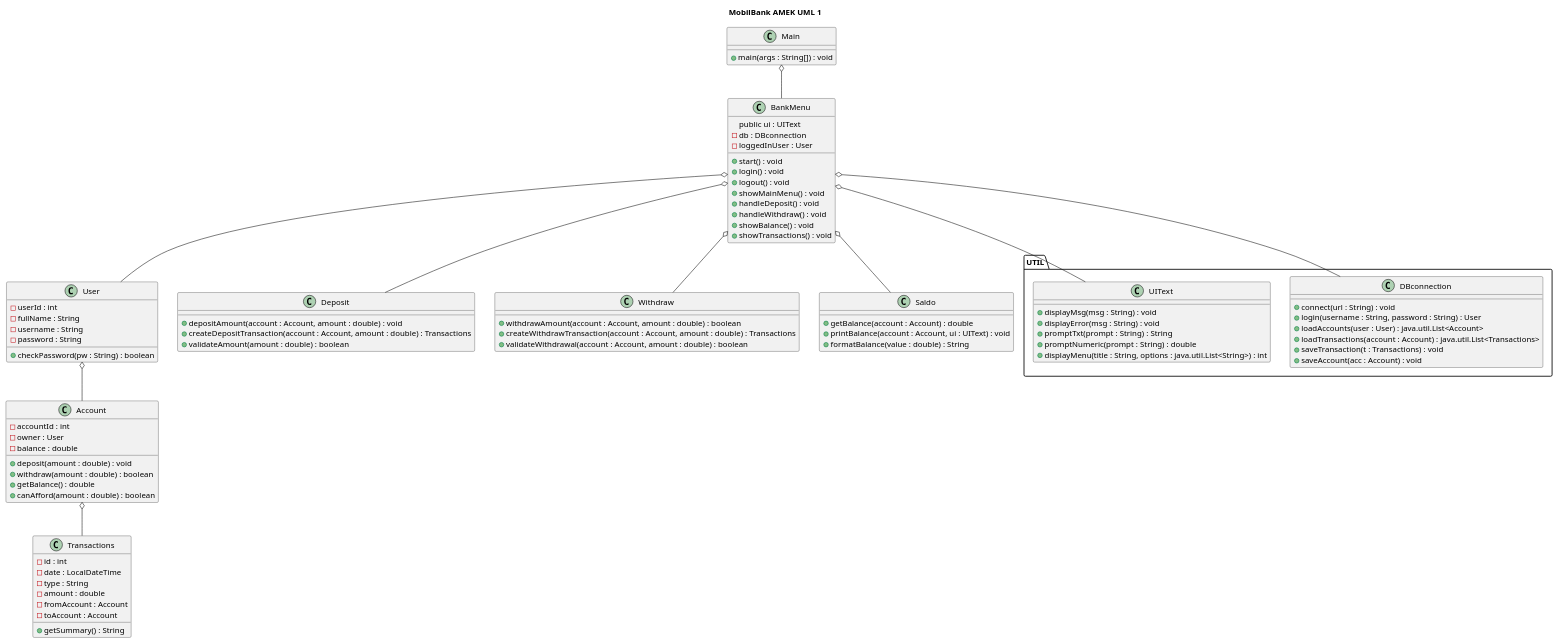
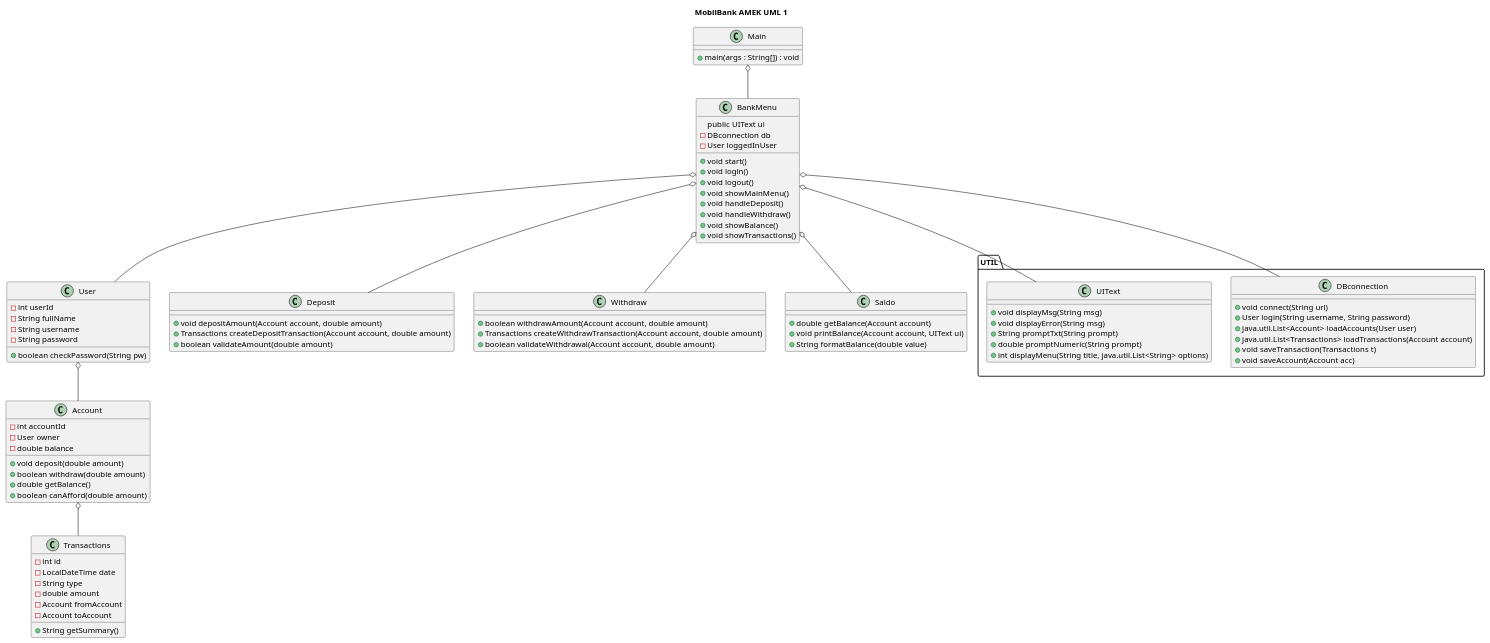
The diagram in data/klassediagram.puml (KhattabE/BANKSYSTEMICE), drawn with PlantUML before and after one commit. The commit also changed 1 other file, not shown here.

```diff
--- a/data/klassediagram.puml
+++ b/data/klassediagram.puml
@@ -1,115 +1,114 @@
 @startuml
 
+skinparam classAttributeIconSize 12
 
 
-skinparam classAttributeIconSize 12
 title MobilBank AMEK UML 1
 
 ' ---------- MAIN ----------
 class Main {
     + main(args : String[]) : void
 }
 
 ' ---------- BANKMENU ----------
 class BankMenu {
-    public ui : UIText
-    - db : DBconnection
-    - loggedInUser : User
+    public UIText ui
+    - DBconnection db
+    - User loggedInUser
 
-    + start() : void
-    + login() : void
-    + logout() : void
-    + showMainMenu() : void
-    + handleDeposit() : void
-    + handleWithdraw() : void
-    + showBalance() : void
-    + showTransactions() : void
+    + void start()
+    + void login()
+    + void logout()
+    + void showMainMenu()
+    + void handleDeposit()
+    + void handleWithdraw()
+    + void showBalance()
+    + void showTransactions()
 }
 
 ' ---------- DOMAIN ----------
 class User {
-    - userId : int
-    - fullName : String
-    - username : String
-    - password : String
+    - int userId
+    - String fullName
+    - String username
+    - String password
 
-    + checkPassword(pw : String) : boolean
+    + boolean checkPassword(String pw)
 }
 
 class Account {
-    - accountId : int
-    - owner : User
-    - balance : double
+    - int accountId
+    - User owner
+    - double balance
 
-    + deposit(amount : double) : void
-    + withdraw(amount : double) : boolean
-    + getBalance() : double
-    + canAfford(amount : double) : boolean
+    + void deposit(double amount)
+    + boolean withdraw(double amount)
+    + double getBalance()
+    + boolean canAfford(double amount)
 }
 
 class Transactions {
-    - id : int
-    - date : LocalDateTime
-    - type : String
-    - amount : double
-    - fromAccount : Account
-    - toAccount : Account
+    - int id
+    - LocalDateTime date
+    - String type
+    - double amount
+    - Account fromAccount
+    - Account toAccount
 
-    + getSummary() : String
+    + String getSummary()
 }
 
 ' ---------- SERVICES ----------
 class Deposit {
-    + depositAmount(account : Account, amount : double) : void
-    + createDepositTransaction(account : Account, amount : double) : Transactions
-    + validateAmount(amount : double) : boolean
+    + void depositAmount(Account account, double amount)
+    + Transactions createDepositTransaction(Account account, double amount)
+    + boolean validateAmount(double amount)
 }
 
 class Withdraw {
-    + withdrawAmount(account : Account, amount : double) : boolean
-    + createWithdrawTransaction(account : Account, amount : double) : Transactions
-    + validateWithdrawal(account : Account, amount : double) : boolean
+    + boolean withdrawAmount(Account account, double amount)
+    + Transactions createWithdrawTransaction(Account account, double amount)
+    + boolean validateWithdrawal(Account account, double amount)
 }
 
 class Saldo {
-    + getBalance(account : Account) : double
-    + printBalance(account : Account, ui : UIText) : void
-    + formatBalance(value : double) : String
+    + double getBalance(Account account)
+    + void printBalance(Account account, UIText ui)
+    + String formatBalance(double value)
 }
 
 ' ---------- UTIL ----------
 package UTIL {
     class DBconnection {
-        + connect(url : String) : void
-        + login(username : String, password : String) : User
-        + loadAccounts(user : User) : java.util.List<Account>
-        + loadTransactions(account : Account) : java.util.List<Transactions>
-        + saveTransaction(t : Transactions) : void
-        + saveAccount(acc : Account) : void
+        + void connect(String url)
+        + User login(String username, String password)
+        + java.util.List<Account> loadAccounts(User user)
+        + java.util.List<Transactions> loadTransactions(Account account)
+        + void saveTransaction(Transactions t)
+        + void saveAccount(Account acc)
     }
 
     class UIText {
-        + displayMsg(msg : String) : void
-        + displayError(msg : String) : void
-        + promptTxt(prompt : String) : String
-        + promptNumeric(prompt : String) : double
-        + displayMenu(title : String, options : java.util.List<String>) : int
+        + void displayMsg(String msg)
+        + void displayError(String msg)
+        + String promptTxt(String prompt)
+        + double promptNumeric(String prompt)
+        + int displayMenu(String title, java.util.List<String> options)
     }
 }
 
 ' ---------- RELATIONER ----------
 Main o-- BankMenu
 
 BankMenu o-- User
 User o-- Account
 Account o-- Transactions
 
 BankMenu o-- Deposit
 BankMenu o-- Withdraw
 BankMenu o-- Saldo
 
-' UTIL beholder normal dependency
 BankMenu o-- DBconnection
 BankMenu o-- UIText
 
 @enduml
```
